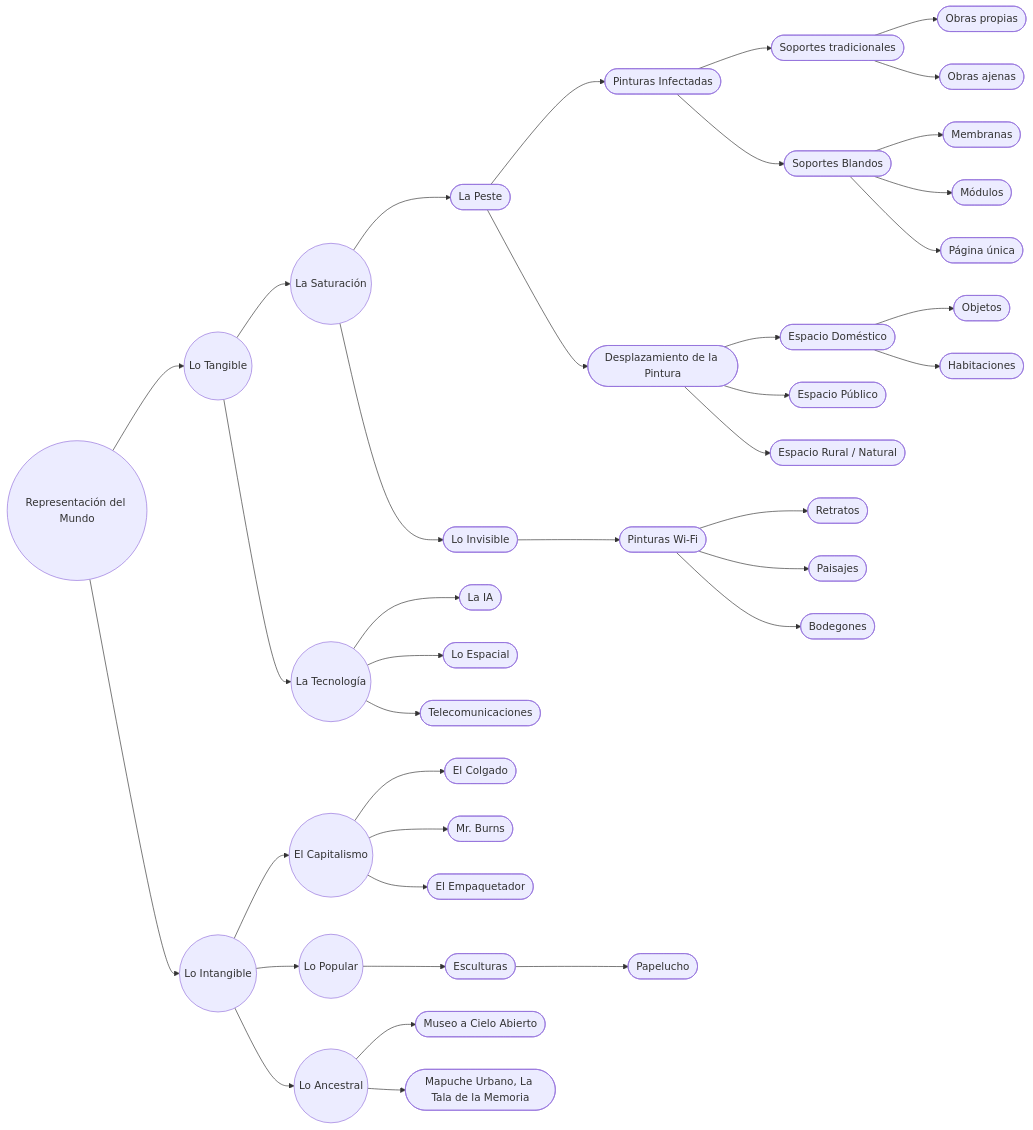
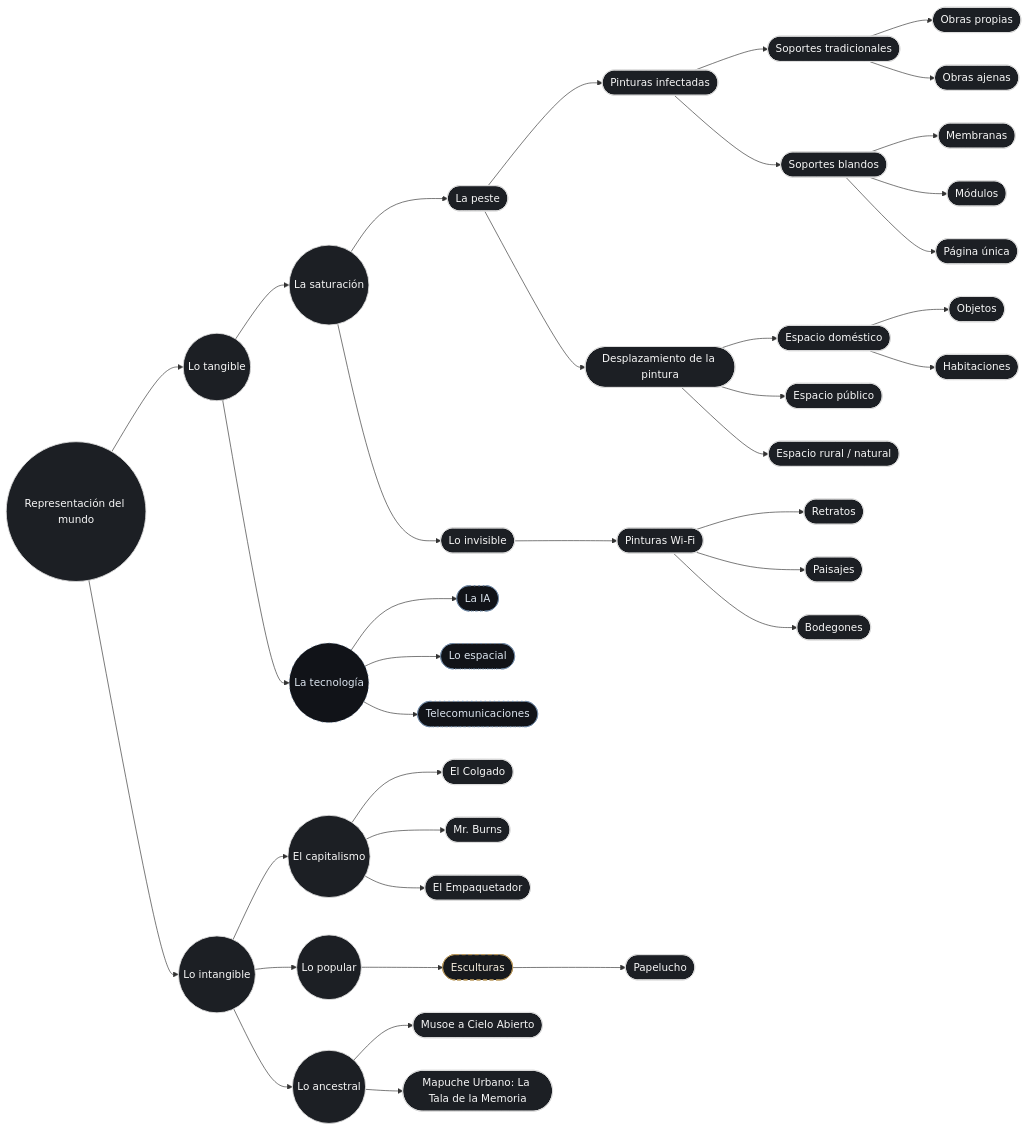
The first of 3 diagrams in ES/diagrama.md (EGGS-Artesvisuales/EGGS-Artesvisuales.github.io), drawn with Mermaid before and after one commit. The commit also changed other lines of this file, not shown here.

```diff
--- a/ES/diagrama.md
+++ b/ES/diagrama.md
@@ -26,107 +52,92 @@
 <div class="mermaid">
 graph LR
-  A((Representación del Mundo)) --> A1((Lo Tangible))
-  A --> A2((Lo Intangible))
+  A((Representación del mundo)) --> A1((Lo tangible))
+  A --> A2((Lo intangible))
 
-  A1 --> A1a((La Saturación))
-  A1a --> A1a1([La Peste])
-  A1a1 --> A1a1a([Pinturas Infectadas])
+  A1 --> A1a((La saturación))
+  A1a --> A1a1([La peste])
+  A1a1 --> A1a1a([Pinturas infectadas])
   A1a1a --> A1a1a1([Soportes tradicionales])
-  A1a1a --> A1a1a2([Soportes Blandos])
+  A1a1a --> A1a1a2([Soportes blandos])
 
-  %% HIJOS: Soportes tradicionales
   A1a1a1 --> ST_OP([Obras propias])
   A1a1a1 --> ST_OA([Obras ajenas])
 
-  %% HIJOS: Soportes blandos
   A1a1a2 --> SB_MEM([Membranas])
   A1a1a2 --> SB_MOD([Módulos])
   A1a1a2 --> SB_PU([Página única])
 
-  A1a1 --> A1a1b([Desplazamiento de la Pintura])
-  A1a1b --> A1a1b1([Espacio Doméstico])
-  A1a1b --> A1a1b2([Espacio Público])
-  A1a1b --> A1a1b3([Espacio Rural / Natural])
+  A1a1 --> A1a1b([Desplazamiento de la pintura])
+  A1a1b --> A1a1b1([Espacio doméstico])
+  A1a1b --> A1a1b2([Espacio público])
+  A1a1b --> A1a1b3([Espacio rural / natural])
 
-  %% HIJOS: Espacio doméstico
   A1a1b1 --> ED_OBJ([Objetos])
   A1a1b1 --> ED_HAB([Habitaciones])
 
-  A1a --> A1a2([Lo Invisible])
+  A1a --> A1a2([Lo invisible])
   A1a2 --> A1a2a([Pinturas Wi-Fi])
-
-  %% HIJOS: Pinturas Wi-Fi
   A1a2a --> PW_RET([Retratos])
   A1a2a --> PW_PAI([Paisajes])
   A1a2a --> PW_BOD([Bodegones])
 
-  A1 --> A1b((La Tecnología))
+  A1 --> A1b((La tecnología))
   A1b --> A1b1([La IA])
-  A1b --> A1b2([Lo Espacial])
+  A1b --> A1b2([Lo espacial])
   A1b --> A1b3([Telecomunicaciones])
 
-  A2 --> A2a((El Capitalismo))
+  A2 --> A2a((El capitalismo))
   A2a --> A2a1([El Colgado])
   A2a --> A2a2([Mr. Burns])
   A2a --> A2a3([El Empaquetador])
 
-  A2 --> A2b((Lo Popular))
+  A2 --> A2b((Lo popular))
   A2b --> A2b1([Esculturas])
   A2b1 --> A2b1a([Papelucho])
 
-  A2 --> A2c((Lo Ancestral))
-  A2c --> A2c1([Museo a Cielo Abierto])
-  A2c --> A2c2([Mapuche Urbano, La Tala de la Memoria])
+  A2 --> A2c((Lo ancestral))
+  A2c --> A2c1([Musoe a Cielo Abierto])
+  A2c --> A2c2([Mapuche Urbano: La Tala de la Memoria])
 
-  %% Enlaces (existentes)
-  click A "mundo-exterior.html" "Ir a Representación del Mundo"
-  click A1 "tangible.html" "Ir a Lo Tangible"
-  click A2 "intangible.html" "Ir a Lo Intangible"
-  click A1a "saturacion.html" "Ir a La Saturación"
-  click A1a1 "la-peste.html" "Ir a La Peste"
+  classDef published fill:#1c1f24,stroke:#dedede,color:#f7f7f7,stroke-width:1.35px;
+  classDef developing fill:#17191d,stroke:#b9975b,color:#f2eadb,stroke-width:1.35px,stroke-dasharray:6 4;
+  classDef research fill:#111318,stroke:#6f89a6,color:#dbe4ee,stroke-width:1.2px,stroke-dasharray:2 5;
+
+  class A,A1,A2,A1a,A1a1,A1a1a,A1a1a1,A1a1a2,ST_OP,ST_OA,SB_MEM,SB_MOD,SB_PU,A1a1b,A1a1b1,A1a1b2,A1a1b3,ED_OBJ,ED_HAB,A1a2,A1a2a,PW_RET,PW_PAI,PW_BOD,A2a,A2a1,A2a2,A2a3,A2b,A2b1a,A2c,A2c1,A2c2 published;
+  class A2b1 developing;
+  class A1b,A1b1,A1b2,A1b3 research;
+
+  click A "/ES/mundo-exterior.html" "Ir a Representación del mundo"
+  click A1 "/ES/tangible.html" "Ir a Lo tangible"
+  click A2 "/ES/intangible.html" "Ir a Lo intangible"
+  click A1a "/ES/saturacion.html" "Ir a La saturación"
+  click A1a1 "/ES/la-peste.html" "Ir a La peste"
   click A1a1a "/ES/peste-pinturas-infectadas.html" "Ir a Pinturas infectadas"
-  click A1a1b "desplazamiento-pintura.html" "Ir a Desplazamiento de la Pintura"
-  click A1a1b1 "/ES/espacio-domestico.html" "Ir a Espacio Doméstico"
-  click A1a1b2 "/ES/espacio-publico.html" "Ir a Espacio Público"
-  click A1a1b3 "/ES/espacio-rural.html" "Ir a Espacio Rural / Natural"
-  click A1a2 "lo-invisible.html" "Ir a Lo Invisible"
-  click A2c1 "musoe-a-cielo-abierto.html" "Ir a Museo a Cielo Abierto"
-
-  %% Enlaces a secciones internas (anchors) ya existentes
-
-  %% Pinturas Infectadas: Soportes tradicionales + hijos
   click A1a1a1 "/ES/peste-pinturas-infectadas.html#soportes-tradicionales" "Ir a Soportes tradicionales"
   click ST_OP "/ES/peste-pinturas-infectadas.html#producciones" "Ir a Obras propias"
   click ST_OA "/ES/peste-pinturas-infectadas.html#intervenciones" "Ir a Obras ajenas"
-
-  %% Pinturas Infectadas: Soportes blandos + hijos
   click A1a1a2 "/ES/peste-pinturas-infectadas.html#soportes-blandos" "Ir a Soportes blandos"
   click SB_MEM "/ES/peste-pinturas-infectadas.html#membranas" "Ir a Membranas"
   click SB_MOD "/ES/peste-pinturas-infectadas.html#modulos" "Ir a Módulos"
   click SB_PU "/ES/peste-pinturas-infectadas.html#unidades" "Ir a Página única"
-
-  %% Espacio doméstico: Objetos / Habitaciones
+  click A1a1b "/ES/desplazamiento-pintura.html" "Ir a Desplazamiento de la pintura"
+  click A1a1b1 "/ES/espacio-domestico.html" "Ir a Espacio doméstico"
+  click A1a1b2 "/ES/espacio-publico.html" "Ir a Espacio público"
+  click A1a1b3 "/ES/espacio-rural.html" "Ir a Espacio rural / natural"
   click ED_OBJ "/ES/espacio-domestico.html#objetos" "Ir a Objetos"
   click ED_HAB "/ES/espacio-domestico.html#habitaciones" "Ir a Habitaciones"
-
-  %% Pinturas Wi-Fi: página + secciones
+  click A1a2 "/ES/lo-invisible.html" "Ir a Lo invisible"
   click A1a2a "/ES/pinturas-wifi.html" "Ir a Pinturas Wi-Fi"
   click PW_RET "/ES/pinturas-wifi.html#retratos" "Ir a Retratos"
   click PW_PAI "/ES/pinturas-wifi.html#paisajes" "Ir a Paisajes"
   click PW_BOD "/ES/pinturas-wifi.html#bodegones" "Ir a Bodegones"
-
-  %% Enlaces (no existentes aún -> en construcción)
-  click A1b "en-construccion.html" "En construcción"
-  click A1b1 "en-construccion.html" "En construcción"
-  click A1b2 "en-construccion.html" "En construcción"
-  click A1b3 "en-construccion.html" "En construcción"
-  click A2a "en-construccion.html" "En construcción"
-  click A2a1 "en-construccion.html" "En construcción"
-  click A2a2 "en-construccion.html" "En construcción"
-  click A2a3 "en-construccion.html" "En construcción"
-  click A2b "en-construccion.html" "En construcción"
-  click A2b1 "en-construccion.html" "En construcción"
-  click A2b1a "en-construccion.html" "En construcción"
-  click A2c "en-construccion.html" "En construcción"
-  click A2c2 "en-construccion.html" "En construcción"
+  click A2a "/ES/imagenes-capitalismo.html" "Ir a Imágenes del capitalismo"
+  click A2a1 "/ES/el-colgado.html" "Ir a El Colgado"
+  click A2a2 "/ES/mr-burns-en-chile.html" "Ir a Mr. Burns en Chile"
+  click A2a3 "/ES/el-empaquetador.html" "Ir a El Empaquetador"
+  click A2b "/ES/imagenes-popular.html" "Ir a Imágenes de lo popular"
+  click A2b1a "/ES/papelucho.html" "Ir a Papelucho"
+  click A2c "/ES/imagenes-ancestros.html" "Ir a Imágenes de lo ancestral"
+  click A2c1 "/ES/musoe-a-cielo-abierto.html" "Ir a Musoe a Cielo Abierto"
+  click A2c2 "/ES/mapuche-urbano.html" "Ir a Mapuche Urbano"
 </div>
```
